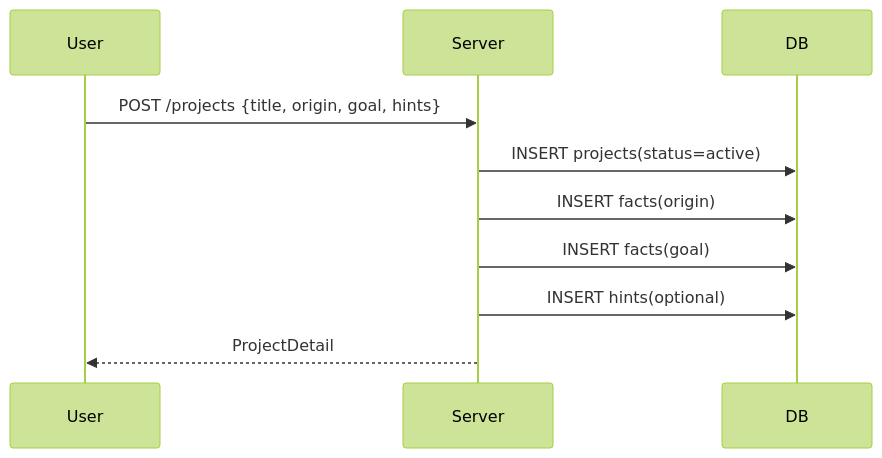
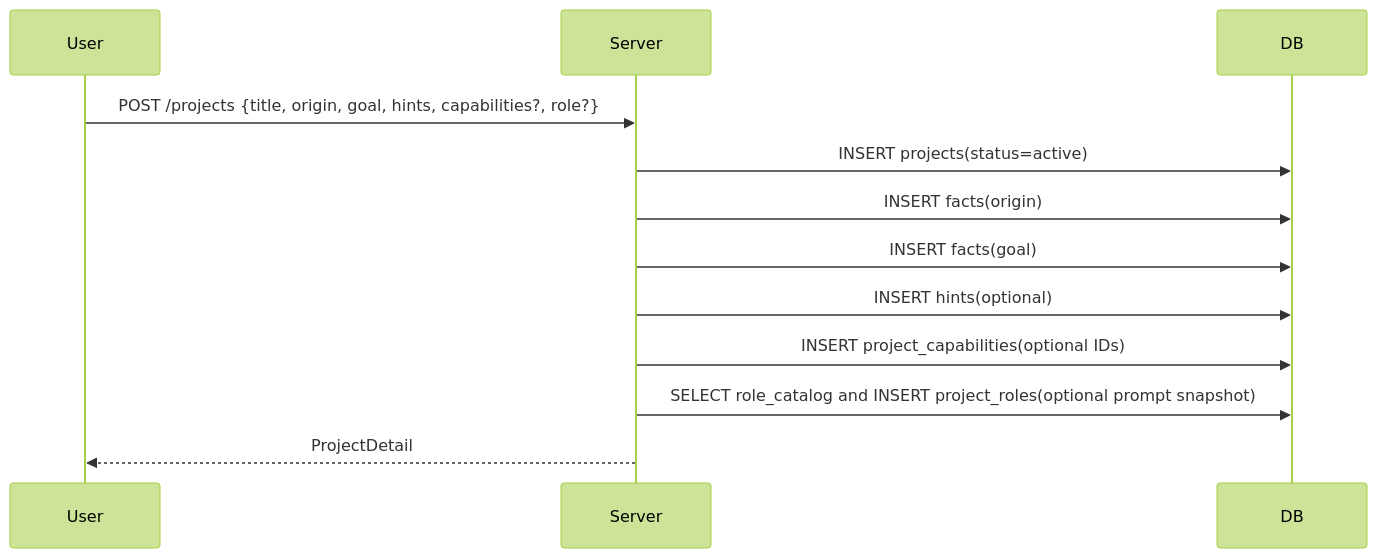
Before and after one commit to j7ur8/Cairn: the second of 7 diagrams in AI/ARCHITECTURE.md, drawn with Mermaid (forest theme). The commit also changed other lines of this file and 46 other files, not shown here.

````diff
--- a/AI/ARCHITECTURE.md
+++ b/AI/ARCHITECTURE.md
@@ -195,13 +208,15 @@
 ```mermaid
 sequenceDiagram
     participant User
     participant Server
     participant DB
 
-    User->>Server: POST /projects {title, origin, goal, hints}
+    User->>Server: POST /projects {title, origin, goal, hints, capabilities?, role?}
     Server->>DB: INSERT projects(status=active)
     Server->>DB: INSERT facts(origin)
     Server->>DB: INSERT facts(goal)
     Server->>DB: INSERT hints(optional)
+    Server->>DB: INSERT project_capabilities(optional IDs)
+    Server->>DB: SELECT role_catalog and INSERT project_roles(optional prompt snapshot)
     Server-->>User: ProjectDetail
 ```
````
